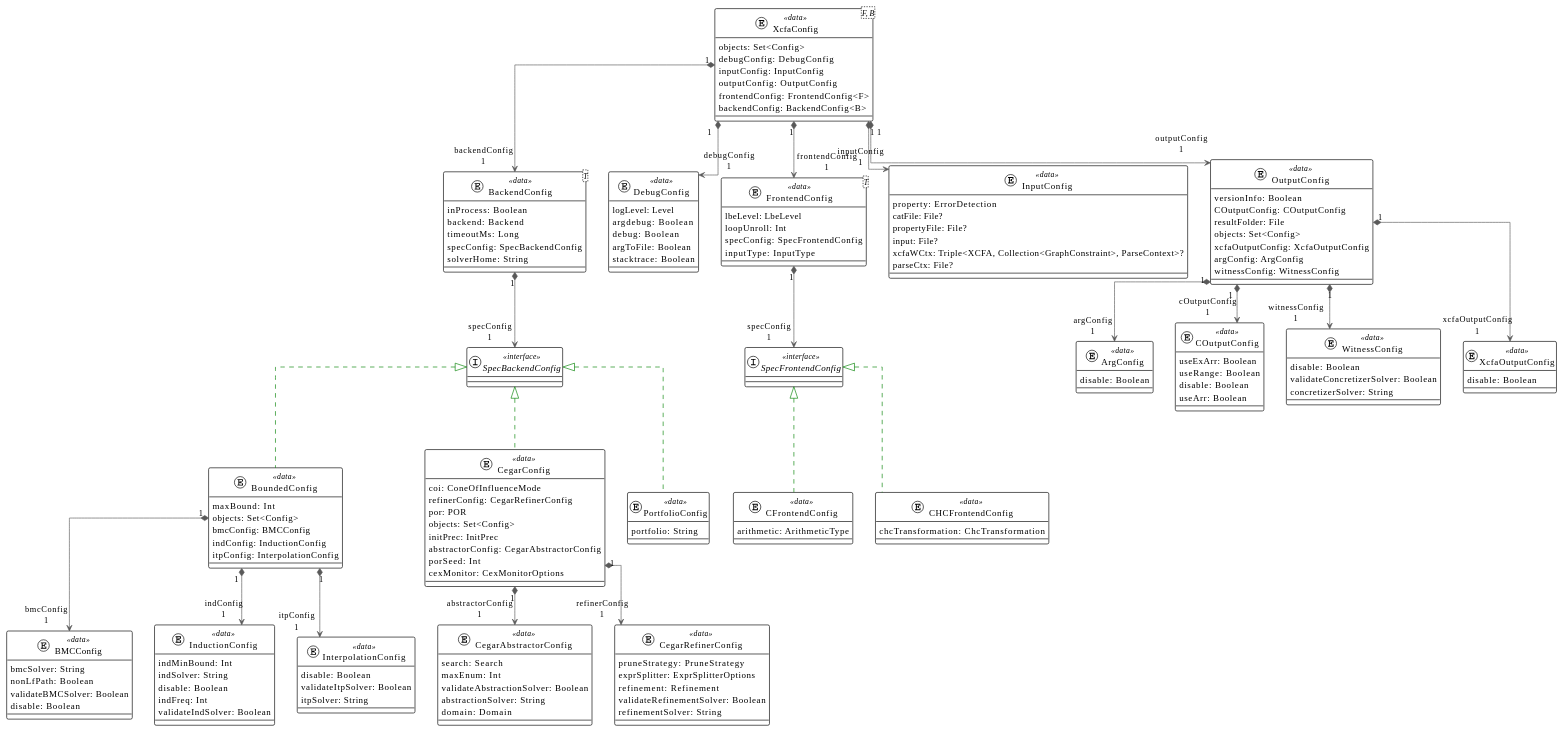
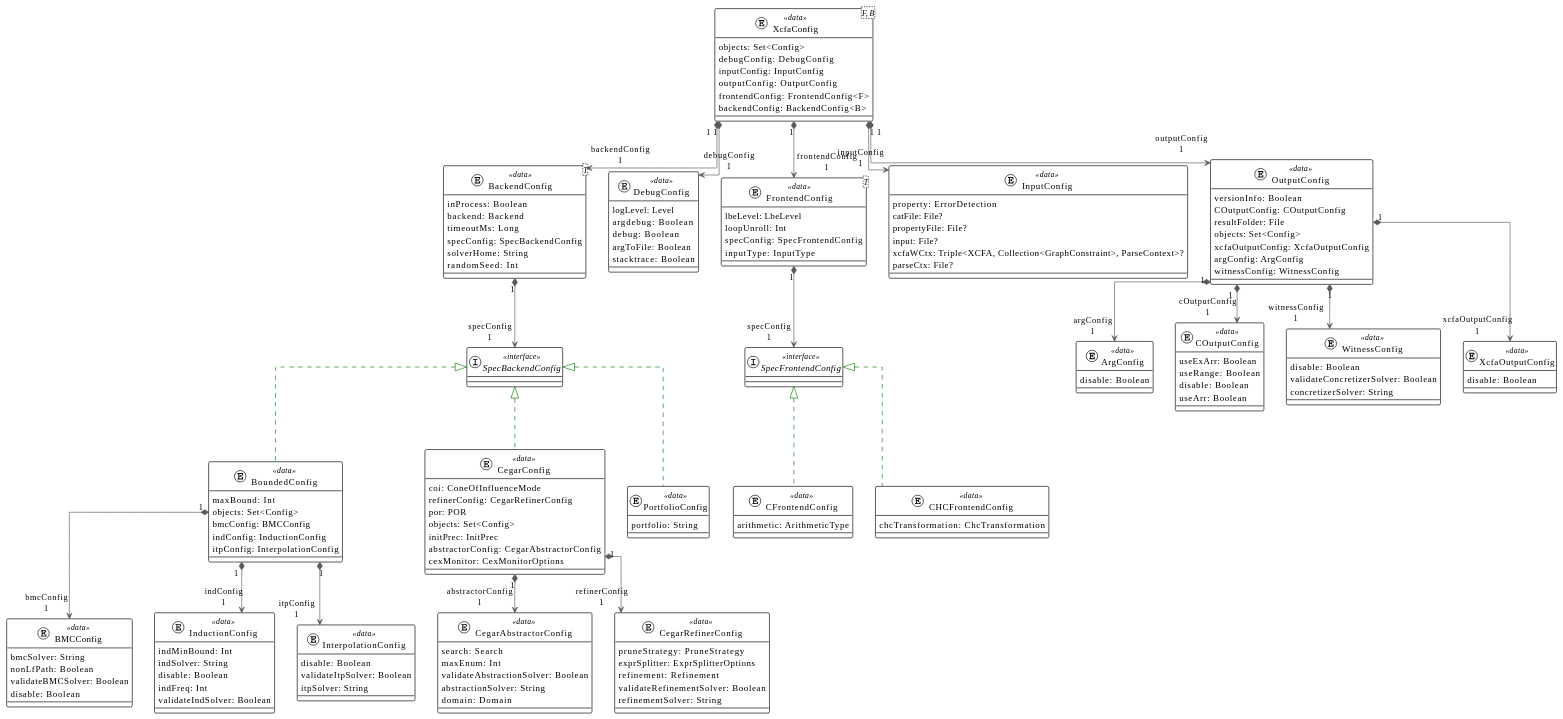
The diagram in subprojects/xcfa/xcfa-cli/README.md (ftsrg/theta), drawn with PlantUML before and after one commit. The commit also changed 1 other file, not shown here.

Commit message:
fix random seed config option

```diff
--- a/subprojects/xcfa/xcfa-cli/README.md
+++ b/subprojects/xcfa/xcfa-cli/README.md
@@ -49,6 +49,7 @@
    timeoutMs: Long
    specConfig: SpecBackendConfig
    solverHome: String
+   randomSeed: Int
 }
 entity  BoundedConfig << data >> {
    maxBound: Int
@@ -83,7 +84,6 @@
    objects: Set<Config>
    initPrec: InitPrec
    abstractorConfig: CegarAbstractorConfig
-   porSeed: Int
    cexMonitor: CexMonitorOptions
 }
 entity  CegarRefinerConfig << data >> {
```
